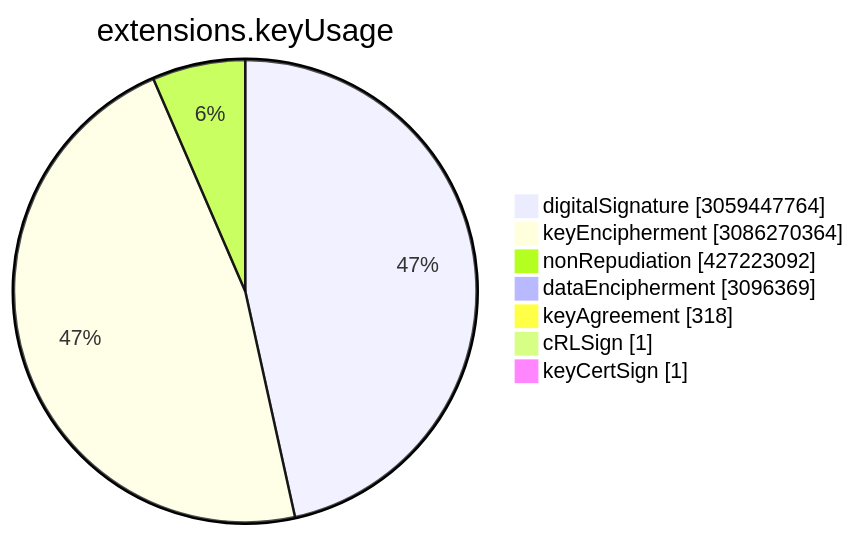
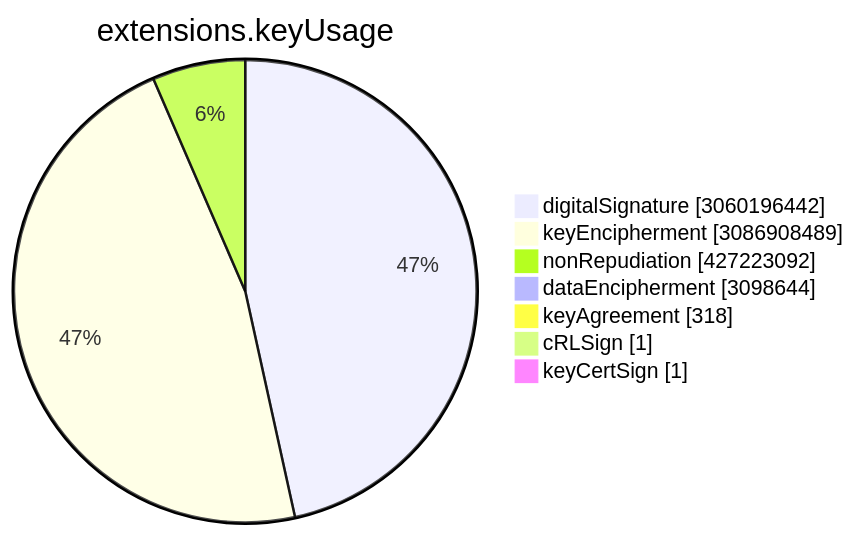
Before and after one commit to christiankrug/ctmonitor_visualization: the sixth of 15 diagrams in TOTAL/README.md, drawn with Mermaid. The commit also changed other lines of this file, not shown here.

````diff
--- a/TOTAL/README.md
+++ b/TOTAL/README.md
@@ -3075,11 +3075,11 @@
 ```mermaid
 pie showData
 title extensions.keyUsage
-"digitalSignature" :3059447764
-"keyEncipherment" :3086270364
+"digitalSignature" :3060196442
+"keyEncipherment" :3086908489
 "nonRepudiation" :427223092
-"dataEncipherment" :3096369
+"dataEncipherment" :3098644
 "keyAgreement" :318
 "cRLSign" :1
 "keyCertSign" :1
 ```
````
